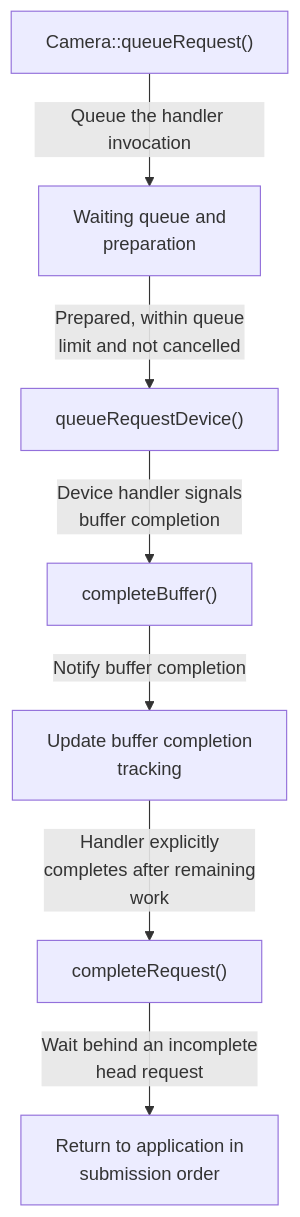
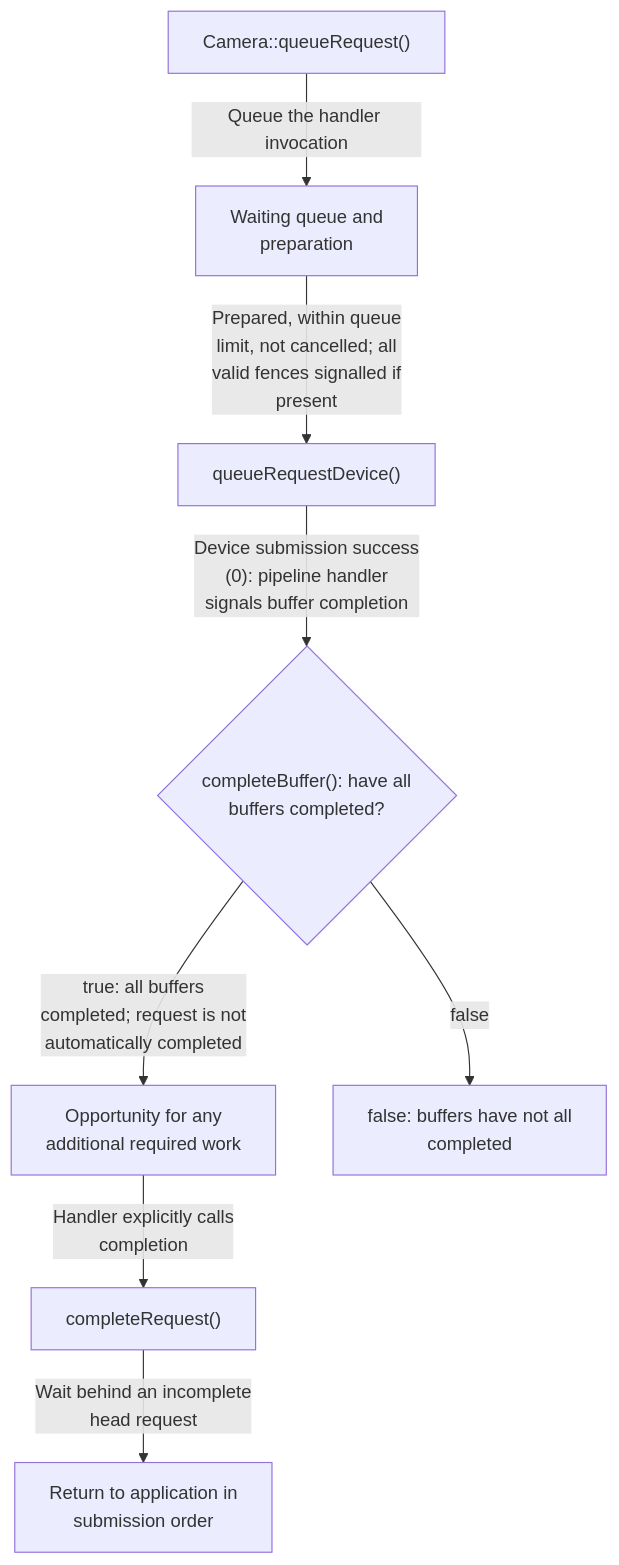
The diagram in docs/en/request-lifecycle.request-stages.mmd (TTolsun/libcamera-sdd), drawn with Mermaid before and after one commit. The commit also changed 352 other files, not shown here.

```diff
--- a/docs/en/request-lifecycle.request-stages.mmd
+++ b/docs/en/request-lifecycle.request-stages.mmd
@@ -1,15 +1,17 @@
 flowchart TB
 
   v_queue["Camera::queueRequest()"]
   v_waiting["Waiting queue and <br/>preparation"]
   v_device["queueRequestDevice()"]
-  v_buffer["completeBuffer()"]
-  v_remaining["Update buffer completion <br/>tracking"]
+  v_buffer{"completeBuffer(): have all <br/>buffers completed?"}
+  v_remaining["Opportunity for any <br/>additional required work"]
   v_request["completeRequest()"]
   v_application["Return to application in <br/>submission order"]
+  v_pending["false: buffers have not all <br/>completed"]
   v_queue -->|"Queue the handler invocation"| v_waiting
-  v_waiting -->|"Prepared, within queue <br/>limit and not cancelled"| v_device
-  v_device -->|"Device handler signals <br/>buffer completion"| v_buffer
-  v_buffer -->|"Notify buffer completion"| v_remaining
-  v_remaining -->|"Handler explicitly <br/>completes after remaining <br/>work"| v_request
+  v_waiting -->|"Prepared, within queue <br/>limit, not cancelled; all <br/>valid fences signalled if <br/>present"| v_device
+  v_device -->|"Device submission success <br/>(0): pipeline handler <br/>signals buffer completion"| v_buffer
+  v_buffer -->|"true: all buffers <br/>completed; request is not <br/>automatically completed"| v_remaining
+  v_remaining -->|"Handler explicitly calls <br/>completion"| v_request
   v_request -->|"Wait behind an incomplete <br/>head request"| v_application
+  v_buffer -->|"false"| v_pending
```
